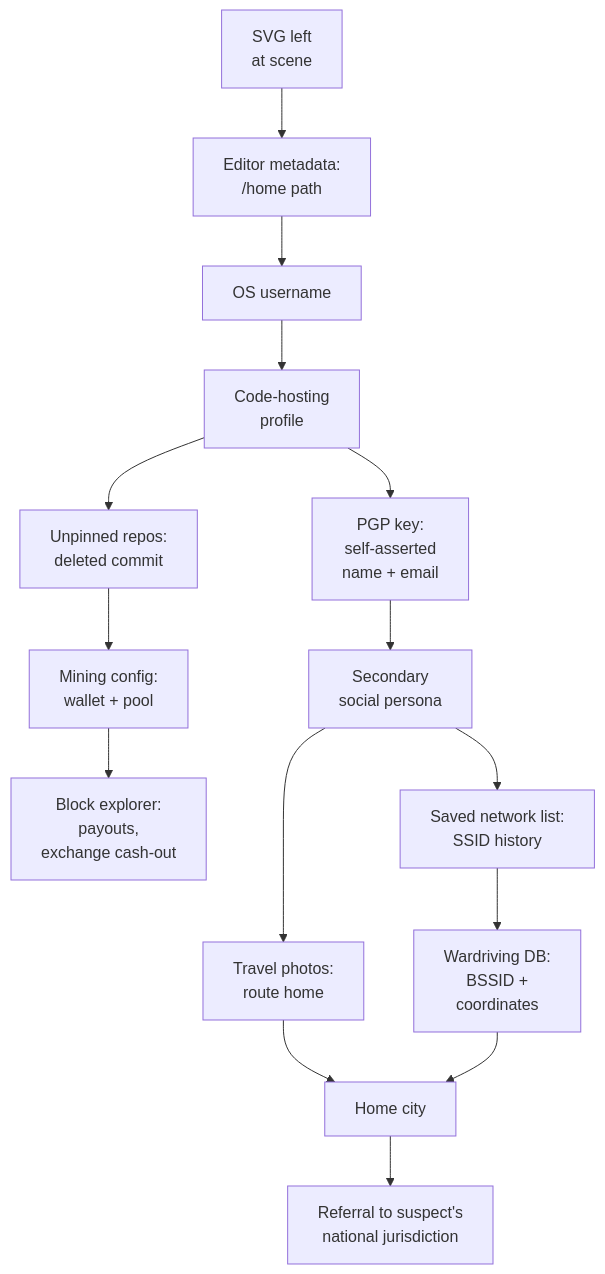
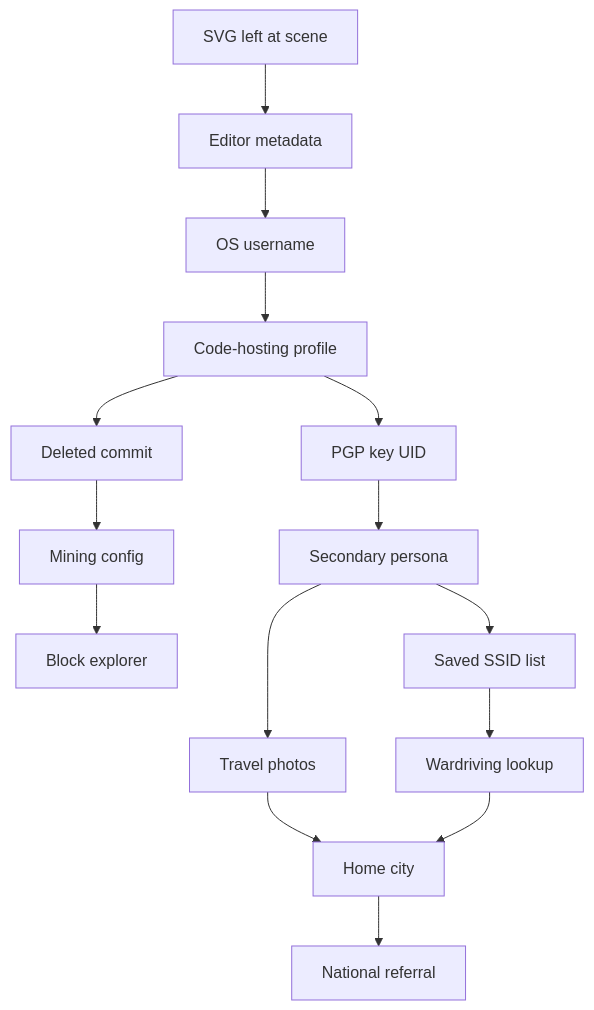
Before and after one commit to ouroboros-white/cybersecurity-portfolio: the diagram in writeups/sakura.md, drawn with Mermaid.

Commit message:
fix: use short single-line labels in Sakura attack-chain diagram
GitHub's Mermaid strips <br/> tags and swallows the adjacent spaces,
jamming words together, and its label-width measurement is timing
dependent so long labels clip unpredictably. Replace with short
tag-free labels that fit on one line; the detail stays in the prose.

````diff
--- a/writeups/sakura.md
+++ b/writeups/sakura.md
@@ -128,17 +128,17 @@
 ```mermaid
 flowchart TD
-    A["SVG left<br/>at scene"] --> B["Editor metadata:<br/>/home path"]
+    A["SVG left at scene"] --> B["Editor metadata"]
     B --> C["OS username"]
-    C --> D["Code-hosting<br/>profile"]
-    D --> E["Unpinned repos:<br/>deleted commit"]
-    D --> F["PGP key:<br/>self-asserted<br/>name + email"]
-    E --> G["Mining config:<br/>wallet + pool"]
-    G --> H["Block explorer:<br/>payouts,<br/>exchange cash-out"]
-    F --> I["Secondary<br/>social persona"]
-    I --> J["Travel photos:<br/>route home"]
-    I --> K["Saved network list:<br/>SSID history"]
-    K --> L["Wardriving DB:<br/>BSSID +<br/>coordinates"]
+    C --> D["Code-hosting profile"]
+    D --> E["Deleted commit"]
+    D --> F["PGP key UID"]
+    E --> G["Mining config"]
+    G --> H["Block explorer"]
+    F --> I["Secondary persona"]
+    I --> J["Travel photos"]
+    I --> K["Saved SSID list"]
+    K --> L["Wardriving lookup"]
     J --> M["Home city"]
     L --> M
-    M --> N["Referral to suspect's<br/>national jurisdiction"]
+    M --> N["National referral"]
 ```
````
